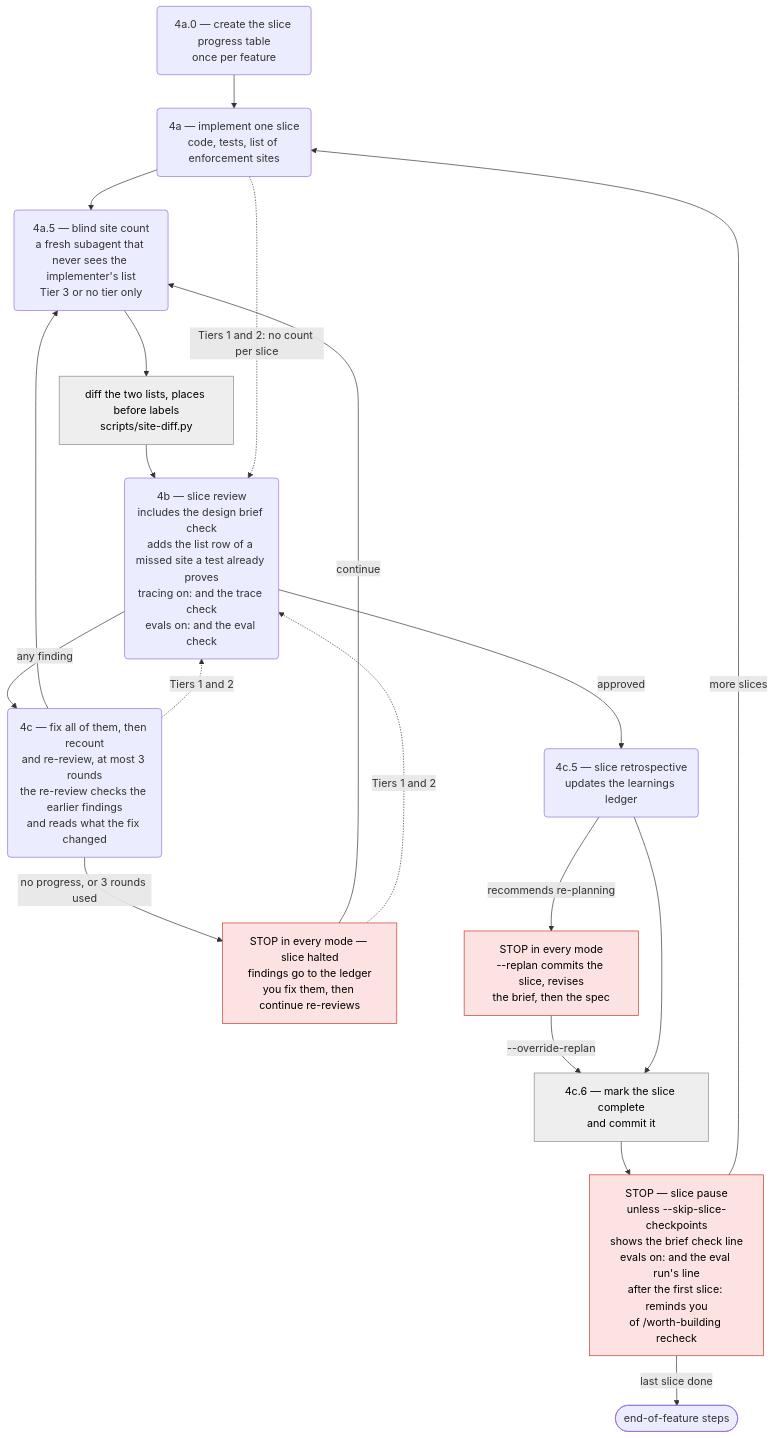
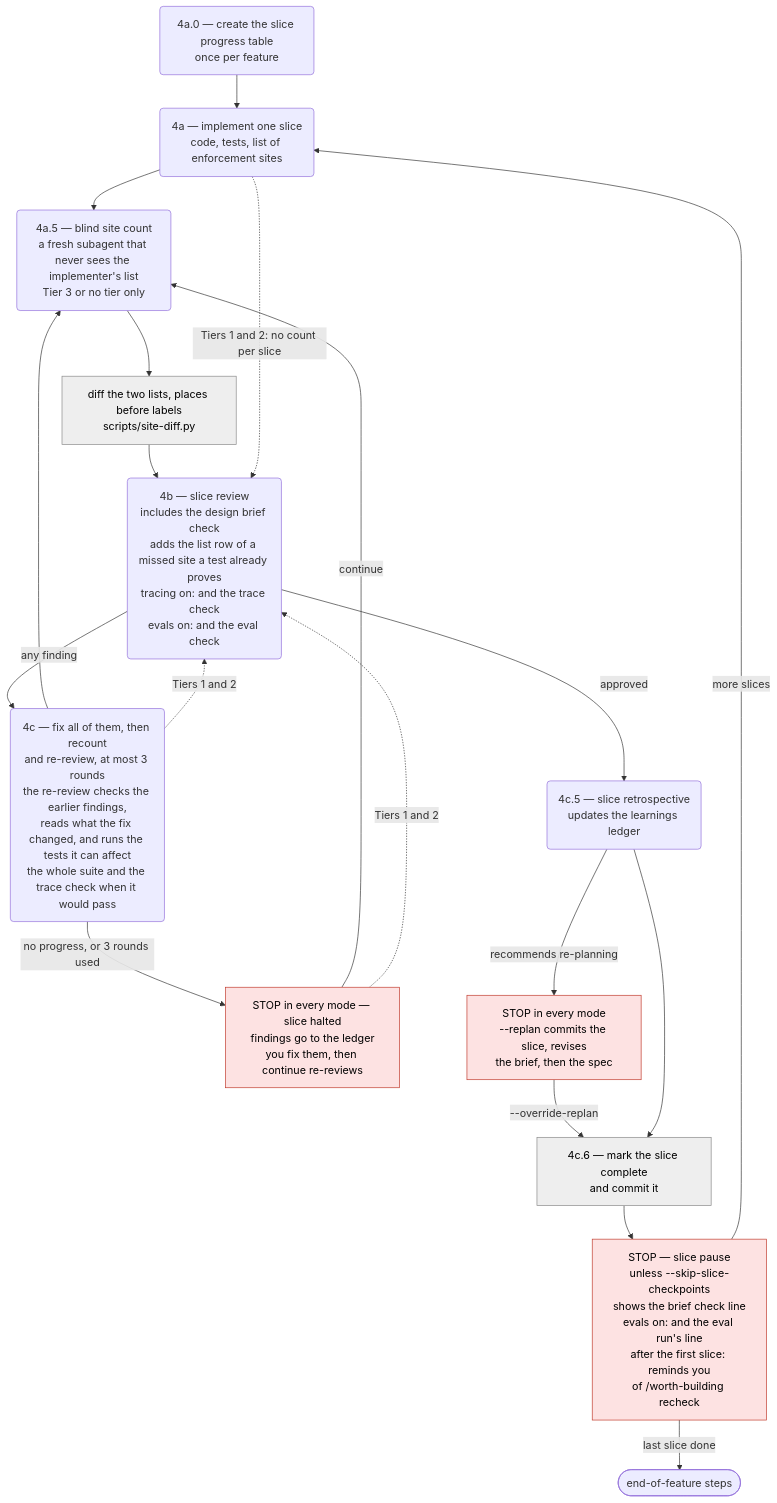
One commit to pablooliva/claude-plugins changed the third of 4 diagrams in agent-engineering/docs/sdd-flow-diagram.md. Above: the diagram before and after it, drawn with Mermaid. The commit also changed other lines of this file and 9 other files, not shown here.

First line of the commit message:
ae(3.15.0): a re-review after a fix round runs the tests the fix can affect

````diff
--- a/agent-engineering/docs/sdd-flow-diagram.md
+++ b/agent-engineering/docs/sdd-flow-diagram.md
@@ -94,24 +94,24 @@
 ```mermaid
 flowchart TD
     scaffold("4a.0 — create the slice progress table<br/>once per feature") --> impl("4a — implement one slice<br/>code, tests, list of enforcement sites")
     impl --> count("4a.5 — blind site count<br/>a fresh subagent that never sees the implementer's list<br/>Tier 3 or no tier only")
     count --> diff["diff the two lists, places before labels<br/>scripts/site-diff.py"]:::orch
     diff --> review("4b — slice review<br/>includes the design brief check<br/>adds the list row of a missed site a test already proves<br/>tracing on: and the trace check<br/>evals on: and the eval check")
     impl -. "Tiers 1 and 2: no count per slice" .-> review
-    review -- "any finding" --> fix("4c — fix all of them, then recount<br/>and re-review, at most 3 rounds<br/>the re-review checks the earlier findings<br/>and reads what the fix changed")
+    review -- "any finding" --> fix("4c — fix all of them, then recount<br/>and re-review, at most 3 rounds<br/>the re-review checks the earlier findings,<br/>reads what the fix changed, and runs the tests it can affect<br/>the whole suite and the trace check when it would pass")
     fix --> count
     fix -. "Tiers 1 and 2" .-> review
     fix -- "no progress, or 3 rounds used" --> halt["STOP in every mode — slice halted<br/>findings go to the ledger<br/>you fix them, then continue re-reviews"]:::stop
     halt -- "continue" --> count
     halt -. "Tiers 1 and 2" .-> review
     review -- "approved" --> retro("4c.5 — slice retrospective<br/>updates the learnings ledger")
     retro -- "recommends re-planning" --> replan["STOP in every mode<br/>--replan commits the slice, revises<br/>the brief, then the spec"]:::stop
     replan -- "--override-replan" --> commit
     retro --> commit["4c.6 — mark the slice complete<br/>and commit it"]:::orch
     commit --> pause["STOP — slice pause<br/>unless --skip-slice-checkpoints<br/>shows the brief check line<br/>evals on: and the eval run's line<br/>after the first slice: reminds you<br/>of /worth-building recheck"]:::stop
     pause -- "more slices" --> impl
     pause -- "last slice done" --> eof(["end-of-feature steps"])
 
     classDef stop fill:#fde2e2,stroke:#c0392b,color:#000
     classDef orch fill:#eeeeee,stroke:#888888,color:#000
 ```
````
